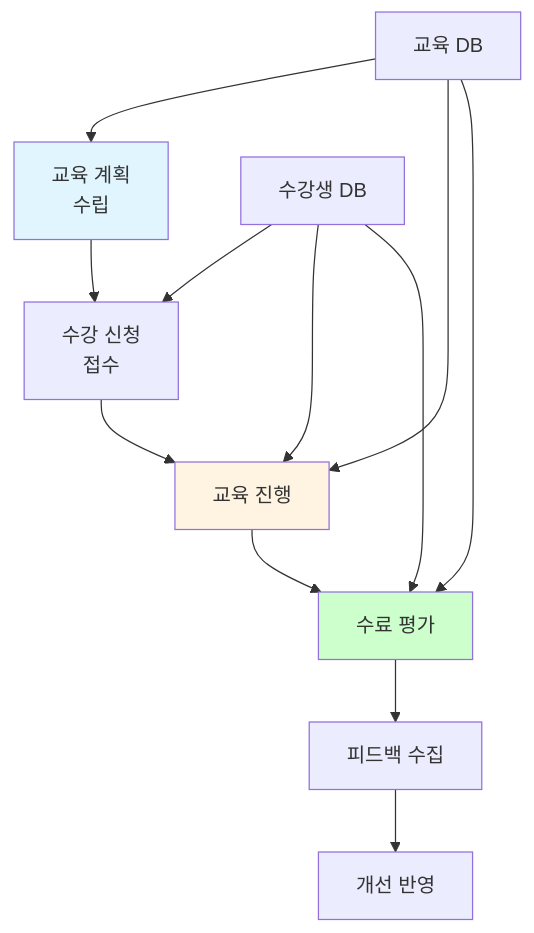
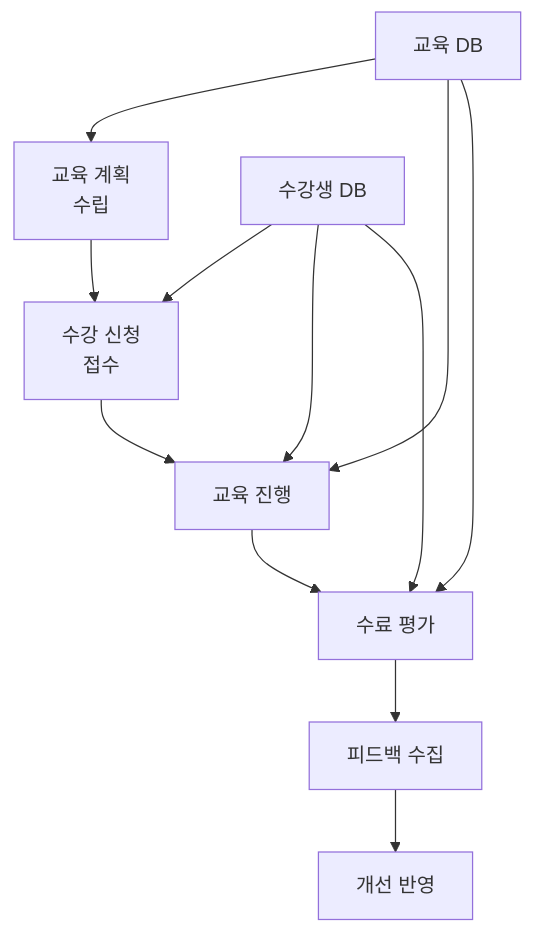
Before and after one commit to nugurejeil/weniVooks: the fifth of 8 diagrams in _md/genai-notion/chapter09/09-2.md, drawn with Mermaid. The commit also changed other lines of this file and 187 other files, not shown here.

````diff
--- a/_md/genai-notion/chapter09/09-2.md
+++ b/_md/genai-notion/chapter09/09-2.md
@@ -461,20 +446,16 @@
 ```mermaid
 flowchart TB
     A[교육 계획<br/>수립] --> B[수강 신청<br/>접수]
     B --> C[교육 진행]
     C --> D[수료 평가]
     D --> E[피드백 수집]
     E --> F[개선 반영]
 
     G[교육 DB] --> A
     G --> C
     G --> D
 
     H[수강생 DB] --> B
     H --> C
     H --> D
-
-    style A fill:#e1f5ff
-    style C fill:#fff4e1
-    style D fill:#ccffcc
 ```
````
